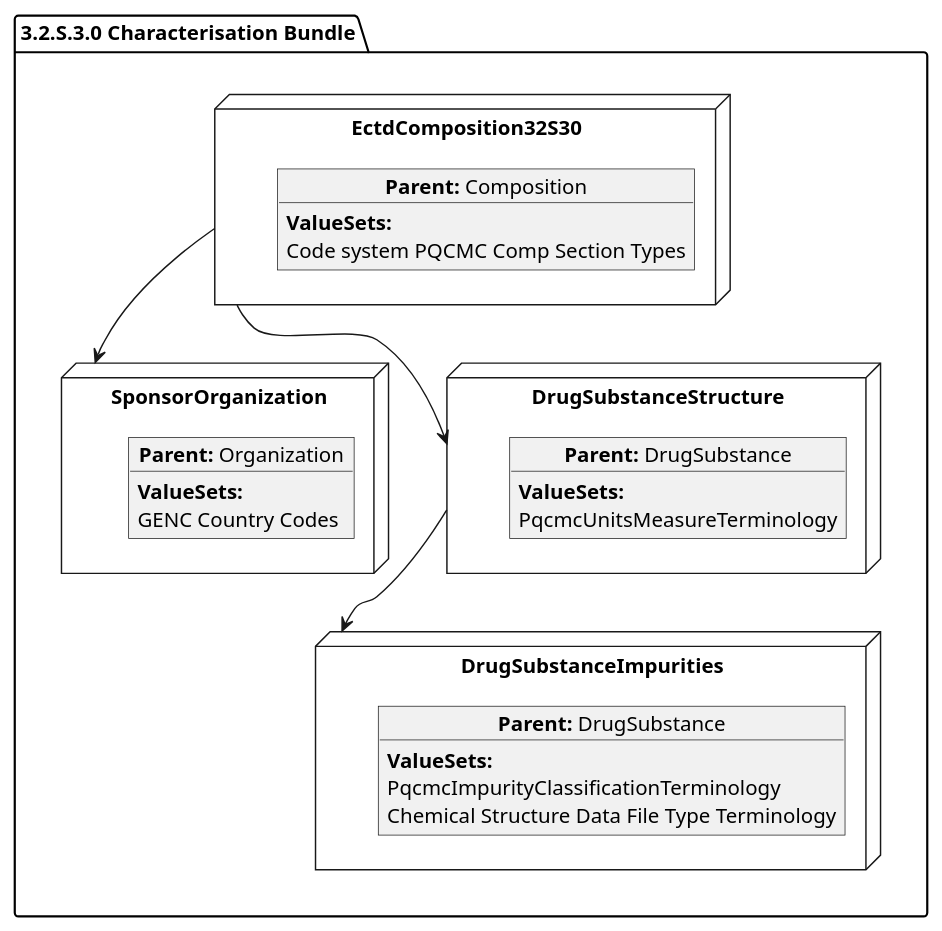
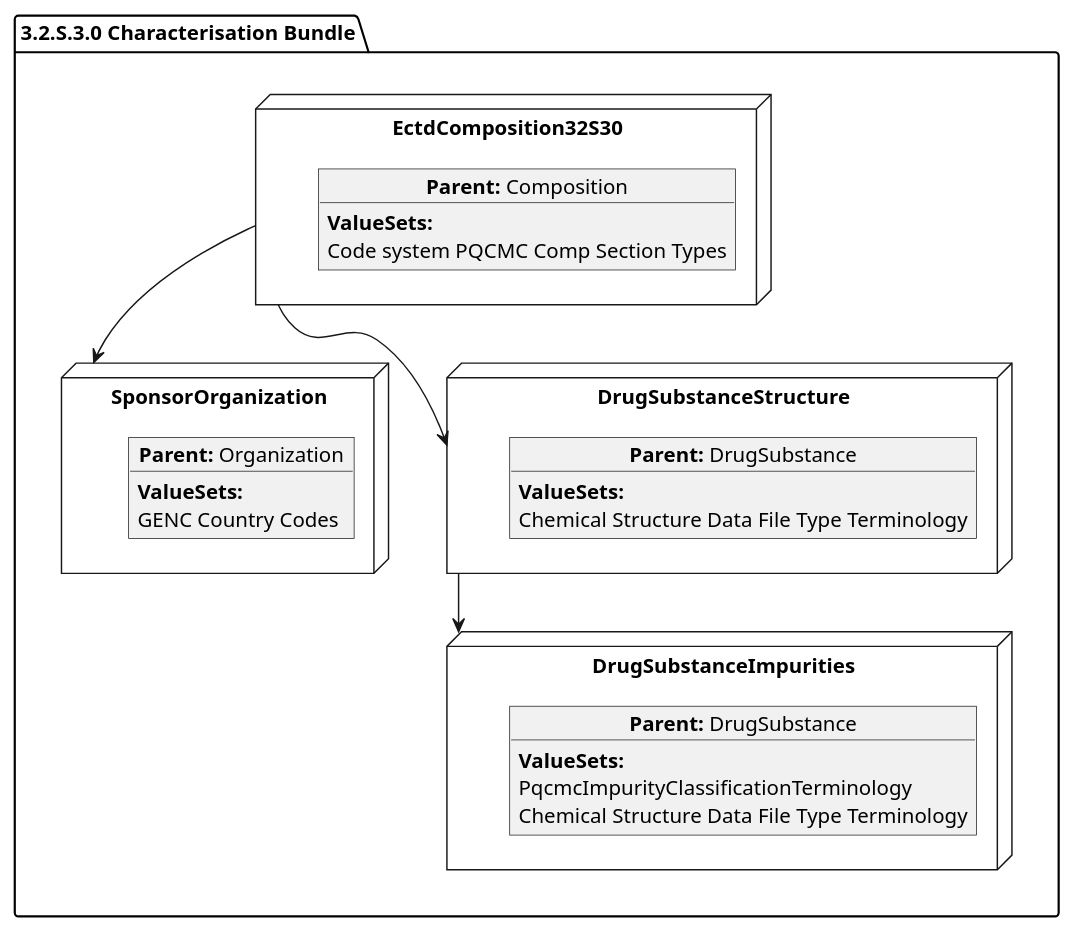
One commit to HL7/FHIR-us-pq-cmc-fda changed the diagram in input/images-source/SubstanceImpurity.plantuml. Above: the diagram before and after it, drawn with PlantUML. The commit also changed 50 other files, not shown here.

```diff
--- a/input/images-source/SubstanceImpurity.plantuml
+++ b/input/images-source/SubstanceImpurity.plantuml
@@ -1,39 +1,39 @@
 @startuml
 allowmixing
 'Mixed model of use case and object
 package "3.2.S.3.0 Characterisation Bundle" as NODES {
  
 node "EctdComposition32S30" as N1 { 
       object "**Parent:** Composition" as obj1 {
       **ValueSets:**
   Code system PQCMC Comp Section Types
     }
 }
  node "SponsorOrganization" as NSO { 
       object "**Parent:** Organization" as objAu {
         **ValueSets:**
         GENC Country Codes
     }
 } 
   
   node "DrugSubstanceStructure" as NN { 
       object "**Parent:** DrugSubstance" as obj3 { 
 
         **ValueSets:**
-      PqcmcUnitsMeasureTerminology   
+      Chemical Structure Data File Type Terminology  
       }
   }
 
 node "DrugSubstanceImpurities" as N6 { 
       object "**Parent:** DrugSubstance" as obj2 {
       **ValueSets:**
       PqcmcImpurityClassificationTerminology
       Chemical Structure Data File Type Terminology  
     }   
 }
 
 N1 --> NSO   
 NN --> N6
 N1 --> NN 
 }
 @enduml
```
